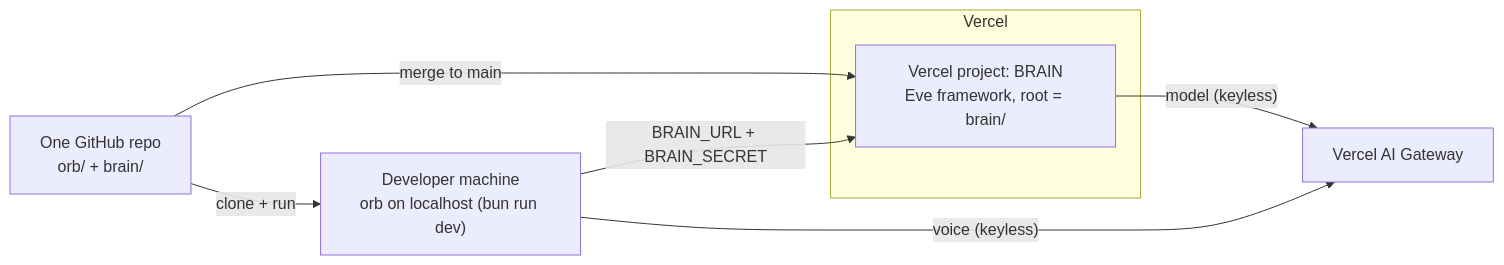
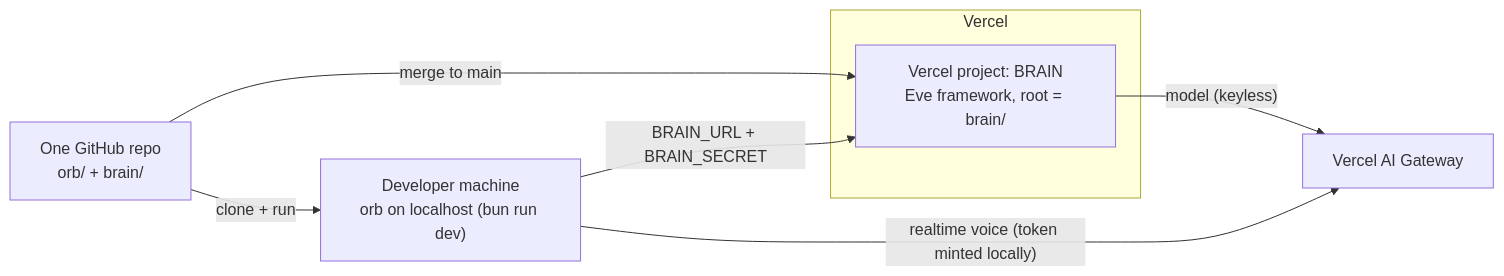
One commit to tfcbot/jarvis-style-agent changed the third of 3 diagrams in docs/architecture.md. Above: the diagram before and after it, drawn with Mermaid. The commit also changed other lines of this file and 3 other files, not shown here.

First line of the commit message:
docs: spec docs match the realtime architecture

````diff
--- a/docs/architecture.md
+++ b/docs/architecture.md
@@ -111,17 +114,17 @@
 ```mermaid
 flowchart LR
   Repo["One GitHub repo<br/>orb/ + brain/"]
   Local["Developer machine<br/>orb on localhost (bun run dev)"]
 
   subgraph Vercel
     BrainProj["Vercel project: BRAIN<br/>Eve framework, root = brain/"]
   end
 
   GW["Vercel AI Gateway"]
 
   Repo -- "merge to main" --> BrainProj
   Repo -- "clone + run" --> Local
   Local -- "BRAIN_URL + BRAIN_SECRET" --> BrainProj
-  Local -- "voice (keyless)" --> GW
+  Local -- "realtime voice (token minted locally)" --> GW
   BrainProj -- "model (keyless)" --> GW
 ```
````
